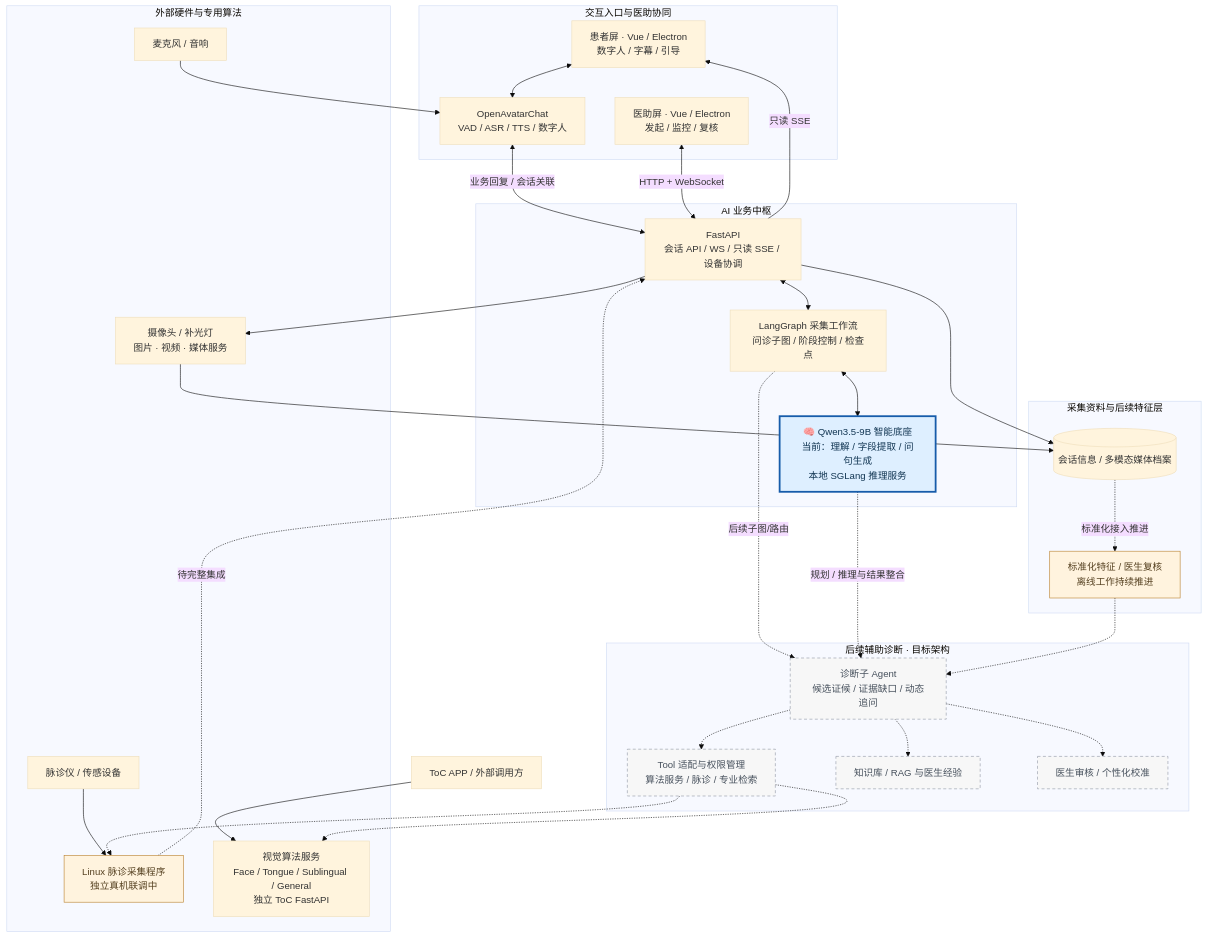
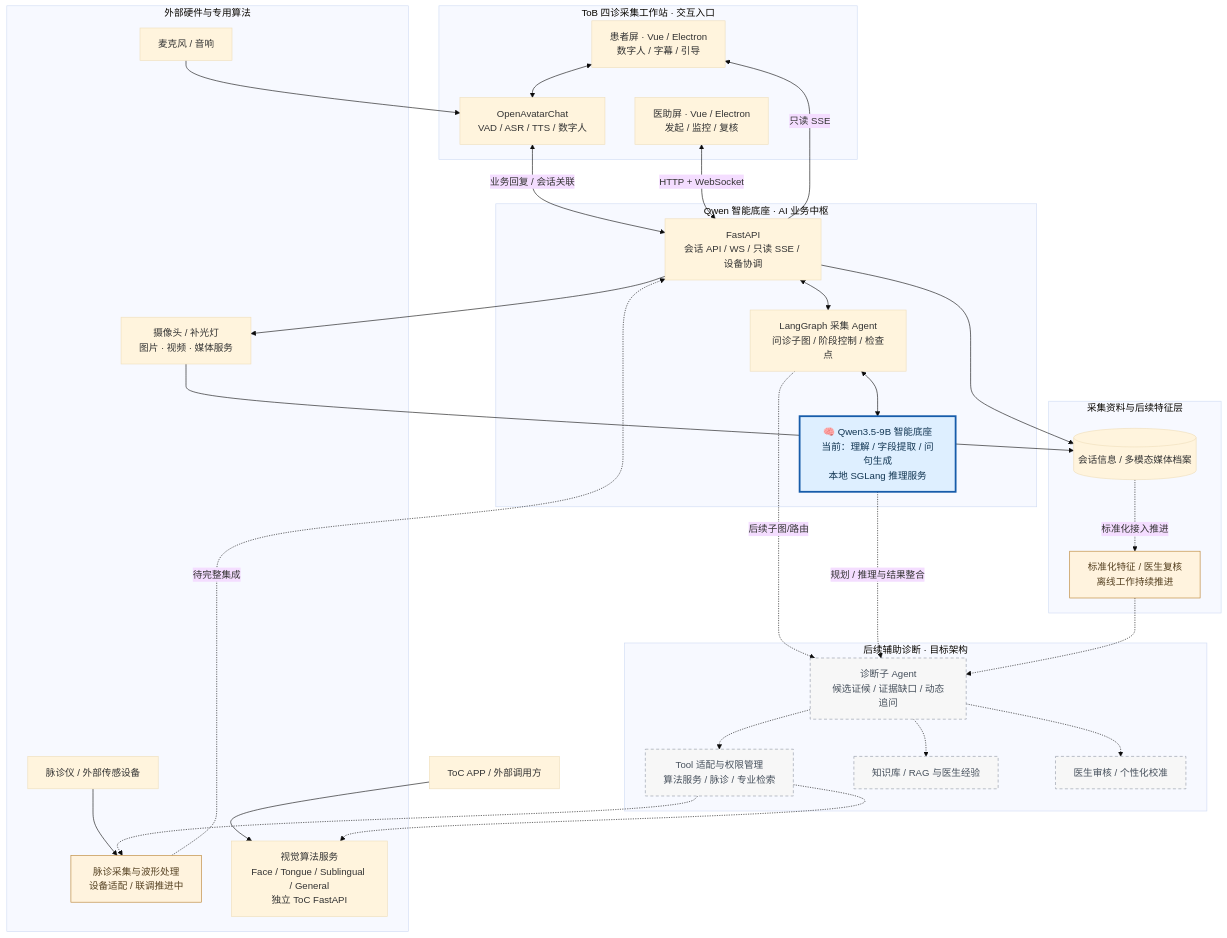
The first of 4 diagrams in docs/architecture.md (Shenchen-Liu/TCM-AI-Portfolio), drawn with Mermaid (base theme) before and after one commit. The commit also changed other lines of this file, not shown here.

Commit message:
docs: align recruitment showcase with ToB product name and shared Qwen architecture diagram

````diff
--- a/docs/architecture.md
+++ b/docs/architecture.md
@@ -9,61 +9,61 @@
 ```mermaid
 flowchart TB
-  subgraph Human["交互入口与医助协同"]
+  subgraph Human["ToB 四诊采集工作站 · 交互入口"]
     PAT["患者屏 · Vue / Electron<br/>数字人 / 字幕 / 引导"]
     STAFF["医助屏 · Vue / Electron<br/>发起 / 监控 / 复核"]
     OAC["OpenAvatarChat<br/>VAD / ASR / TTS / 数字人"]
   end
-  subgraph Brain["AI 业务中枢"]
+  subgraph Brain["Qwen 智能底座 · AI 业务中枢"]
     BACK["FastAPI<br/>会话 API / WS / 只读 SSE / 设备协调"]
-    GRAPH["LangGraph 采集工作流<br/>问诊子图 / 阶段控制 / 检查点"]
+    GRAPH["LangGraph 采集 Agent<br/>问诊子图 / 阶段控制 / 检查点"]
     QWEN["🧠 Qwen3.5-9B 智能底座<br/>当前：理解 / 字段提取 / 问句生成<br/>本地 SGLang 推理服务"]
   end
   subgraph Sources["外部硬件与专用算法"]
     CAM["摄像头 / 补光灯<br/>图片 · 视频 · 媒体服务"]
     MIC["麦克风 / 音响"]
-    PULSE["脉诊仪 / 传感设备"]
-    PULSAPP["Linux 脉诊采集程序<br/>独立真机联调中"]
+    PULSE["脉诊仪 / 外部传感设备"]
+    PULSAPP["脉诊采集与波形处理<br/>设备适配 / 联调推进中"]
     VIS["视觉算法服务<br/>Face / Tongue / Sublingual / General<br/>独立 ToC FastAPI"]
   end
   subgraph Data["采集资料与后续特征层"]
     REC[("会话信息 / 多模态媒体档案")]
     STANDARD["标准化特征 / 医生复核<br/>离线工作持续推进"]
   end
   subgraph Roadmap["后续辅助诊断 · 目标架构"]
     DIAG["诊断子 Agent<br/>候选证候 / 证据缺口 / 动态追问"]
     TOOL["Tool 适配与权限管理<br/>算法服务 / 脉诊 / 专业检索"]
     RAG["知识库 / RAG 与医生经验"]
     REVIEW["医生审核 / 个性化校准"]
   end
   APP["ToC APP / 外部调用方"]
 
   PAT <--> OAC
   MIC --> OAC
   OAC <-->|"业务回复 / 会话关联"| BACK
   STAFF <-->|"HTTP + WebSocket"| BACK
   BACK -->|"只读 SSE"| PAT
   BACK <--> GRAPH
   GRAPH <--> QWEN
   BACK --> CAM
   CAM --> REC
   BACK --> REC
   APP --> VIS
   PULSE --> PULSAPP
   PULSAPP -.->|"待完整集成"| BACK
   REC -.->|"标准化接入推进"| STANDARD
   GRAPH -.->|"后续子图/路由"| DIAG
   QWEN -.->|"规划 / 推理与结果整合"| DIAG
   STANDARD -.-> DIAG
   DIAG -.-> TOOL
   DIAG -.-> RAG
   DIAG -.-> REVIEW
   TOOL -.-> VIS
   TOOL -.-> PULSAPP
 
   classDef brain fill:#deefff,stroke:#175caa,stroke-width:3px,color:#123653;
   classDef planned fill:#f7f7f7,stroke:#9098a4,stroke-dasharray:5 4,color:#47515d;
   classDef ongoing fill:#fff3de,stroke:#b9802e,color:#554020;
   class QWEN brain;
   class DIAG,TOOL,RAG,REVIEW planned;
   class PULSAPP,STANDARD ongoing;
 ```
````
